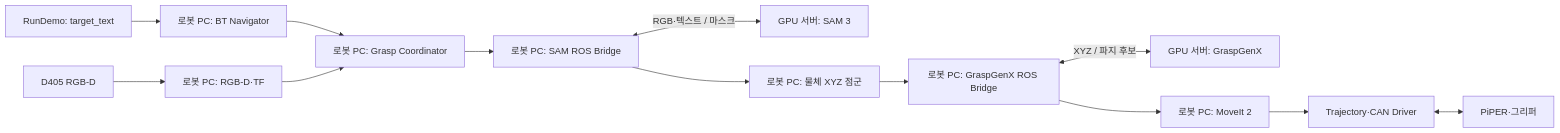
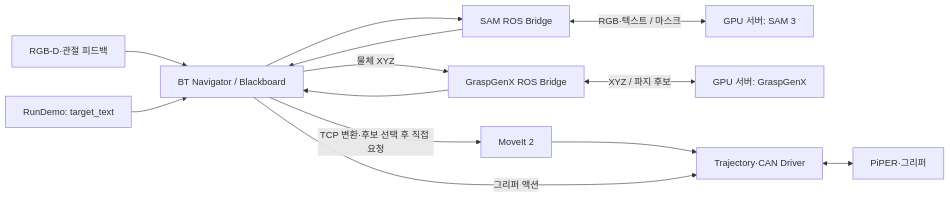
One commit to ggh-png/rwh_beyond changed the diagram in docs/project-overview.md. Above: the diagram before and after it, drawn with Mermaid. The commit also changed other lines of this file and 53 other files, not shown here.

````diff
--- a/docs/project-overview.md
+++ b/docs/project-overview.md
@@ -5,15 +5,15 @@
 ```mermaid
 flowchart LR
-  D[D405 RGB-D] --> P[로봇 PC: RGB-D·TF]
-  A[RunDemo: target_text] --> B[로봇 PC: BT Navigator]
-  B --> C[로봇 PC: Grasp Coordinator]
-  P --> C
-  C --> S[로봇 PC: SAM ROS Bridge]
+  D[RGB-D·관절 피드백] --> BT[BT Navigator / Blackboard]
+  A[RunDemo: target_text] --> BT
+  BT --> S[SAM ROS Bridge]
   S <-->|RGB·텍스트 / 마스크| SG[GPU 서버: SAM 3]
-  S --> X[로봇 PC: 물체 XYZ 점군]
-  X --> G[로봇 PC: GraspGenX ROS Bridge]
+  S --> BT
+  BT -->|물체 XYZ| G[GraspGenX ROS Bridge]
   G <-->|XYZ / 파지 후보| GG[GPU 서버: GraspGenX]
-  G --> M[로봇 PC: MoveIt 2]
+  G --> BT
+  BT -->|TCP 변환·후보 선택 후 직접 요청| M[MoveIt 2]
   M --> T[Trajectory·CAN Driver]
+  BT -->|그리퍼 액션| T
   T <--> R[PiPER·그리퍼]
 ```
````
